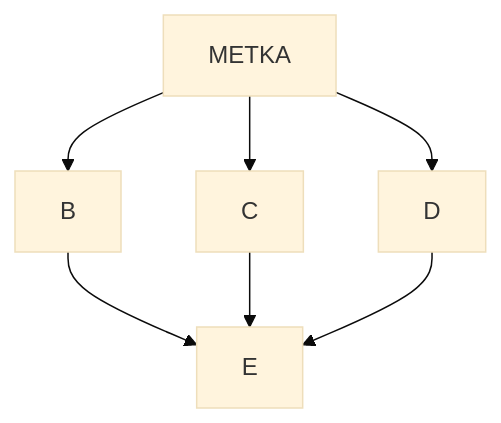
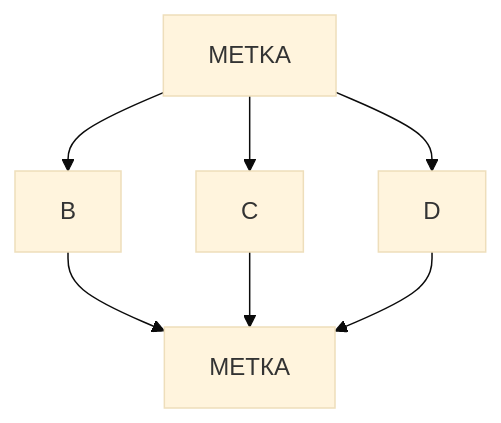
Before and after one commit to vozvrat/vozvrat.github.io: the diagram in README.md, drawn with Mermaid (base theme).

```diff
--- a/README.md
+++ b/README.md
@@ -3,9 +3,9 @@
 <pre class="mermaid">
 graph TD;
 METKA-->B;
 METKA-->C;
 METKA-->D;
-B-->E;
-C-->E;
-D-->E;
+B-->МЕТКА;
+C-->МЕТКА;
+D-->МЕТКА;
 </pre>
```
